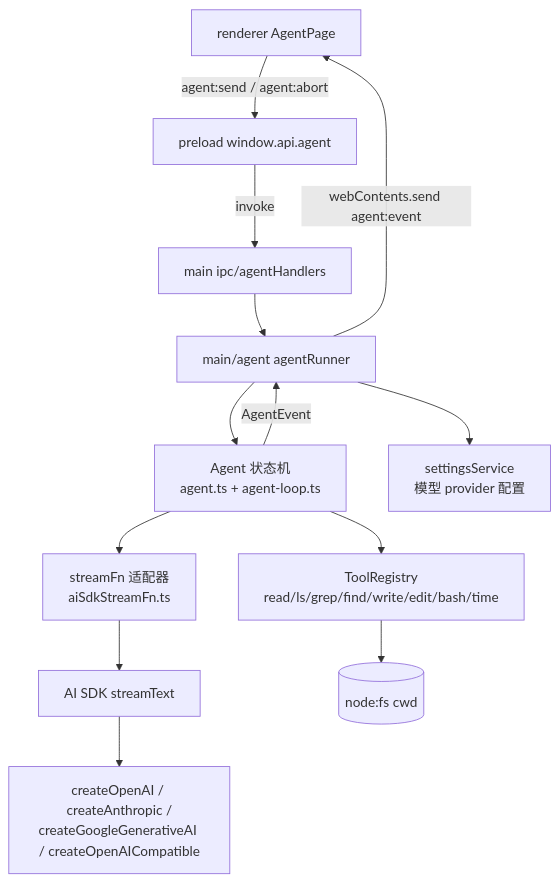
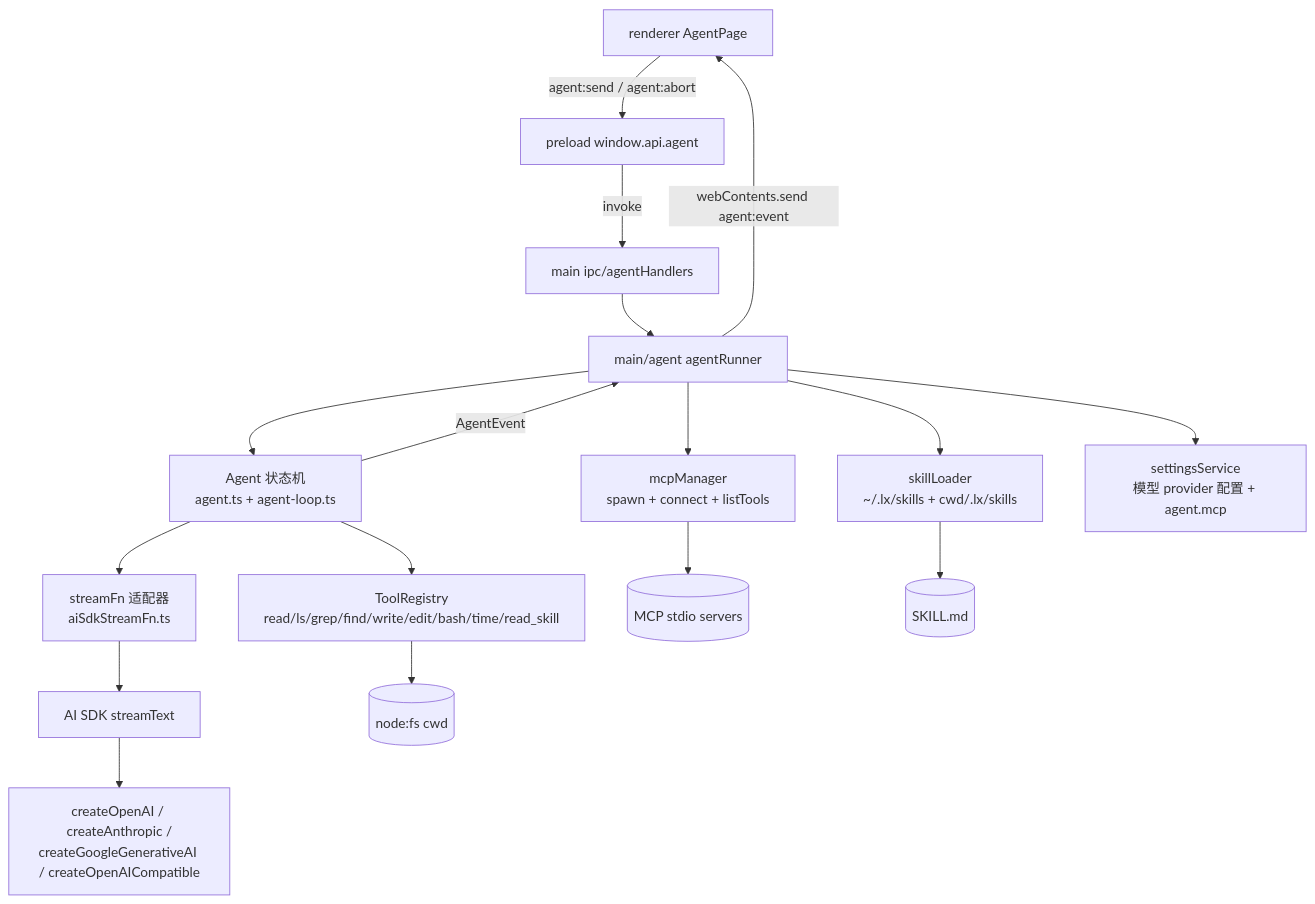
Before and after one commit to yonah-lin111/lx-agent: the diagram in docs/agent/design.md, drawn with Mermaid. The commit also changed other lines of this file and 15 other files, not shown here.

Commit message:
feat(agent): 添加 MCP 与 Skill 接入功能

````diff
--- a/docs/agent/design.md
+++ b/docs/agent/design.md
@@ -21,15 +21,19 @@
 ```mermaid
 flowchart TD
     UI[renderer AgentPage] -->|agent:send / agent:abort| Preload[preload window.api.agent]
     Preload -->|invoke| IPC[main ipc/agentHandlers]
     IPC --> Runner[main/agent agentRunner]
     Runner --> Agent[Agent 状态机<br/>agent.ts + agent-loop.ts]
     Agent --> Adapter[streamFn 适配器<br/>aiSdkStreamFn.ts]
     Adapter --> AI[AI SDK streamText]
     AI --> Provider[createOpenAI / createAnthropic /<br/>createGoogleGenerativeAI / createOpenAICompatible]
-    Agent --> Tools[ToolRegistry<br/>read/ls/grep/find/write/edit/bash/time]
+    Agent --> Tools[ToolRegistry<br/>read/ls/grep/find/write/edit/bash/time/read_skill]
     Tools --> FS[(node:fs cwd)]
-    Runner --> Settings[settingsService<br/>模型 provider 配置]
+    Runner --> MCP[mcpManager<br/>spawn + connect + listTools]
+    MCP --> McpSrv[(MCP stdio servers)]
+    Runner --> Skills[skillLoader<br/>~/.lx/skills + cwd/.lx/skills]
+    Skills --> SkillFiles[(SKILL.md)]
+    Runner --> Settings[settingsService<br/>模型 provider 配置 + agent.mcp]
     Agent -->|AgentEvent| Runner
     Runner -->|webContents.send agent:event| UI
 ```
````
